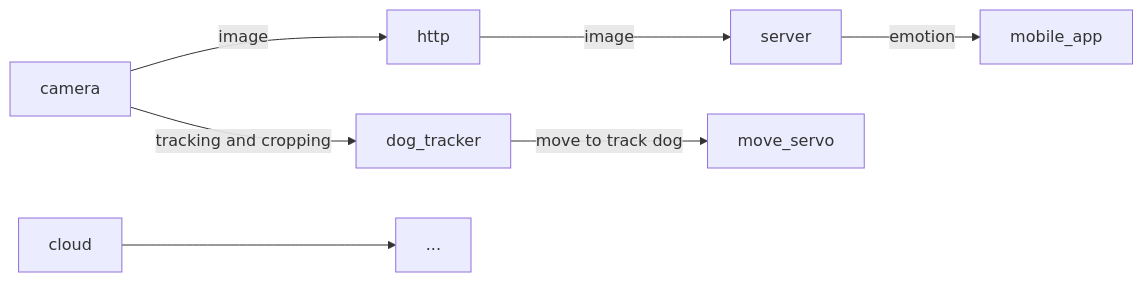
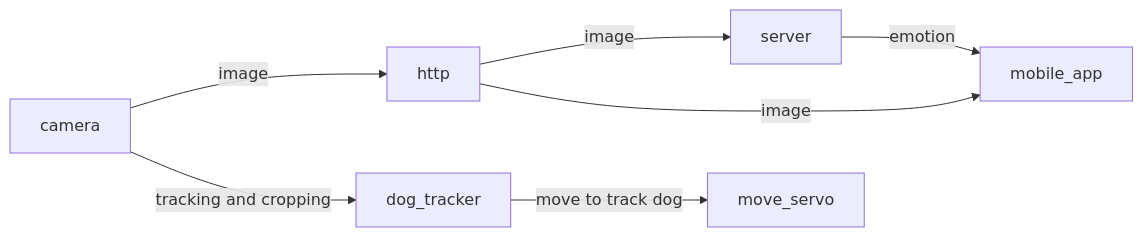
The second of 3 diagrams in docs/docs/camera/arch.md (zofiadrozdowska0/Doggy_monitor), drawn with Mermaid before and after one commit. The commit also changed other lines of this file and 1 other file, not shown here.

````diff
--- a/docs/docs/camera/arch.md
+++ b/docs/docs/camera/arch.md
@@ -33,9 +75,9 @@
 ```mermaid
 flowchart LR
     camera-- image -->http
     http-- image -->server
     server-- emotion -->mobile_app
+    http-- image -->mobile_app
     camera-- tracking and cropping -->dog_tracker
     dog_tracker-- move to track dog -->move_servo
-    cloud-->...
 ```
````
